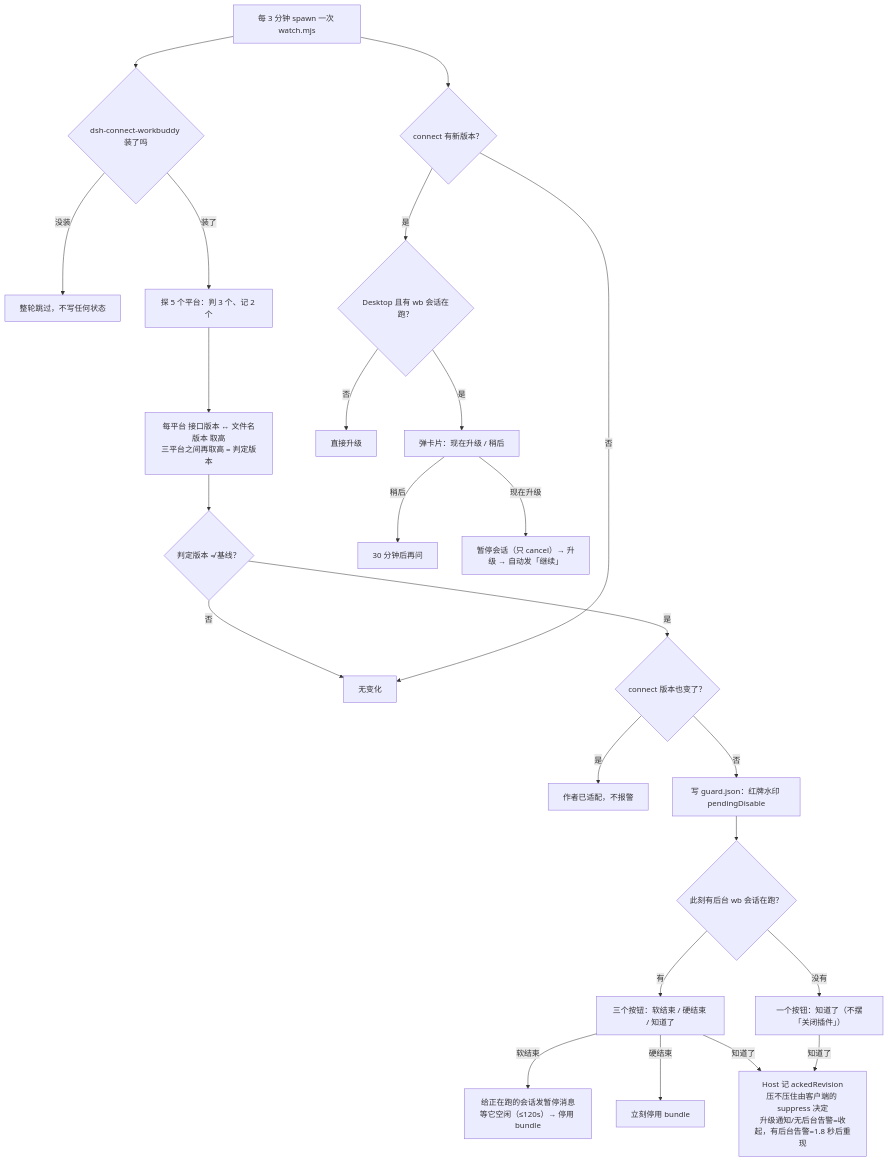
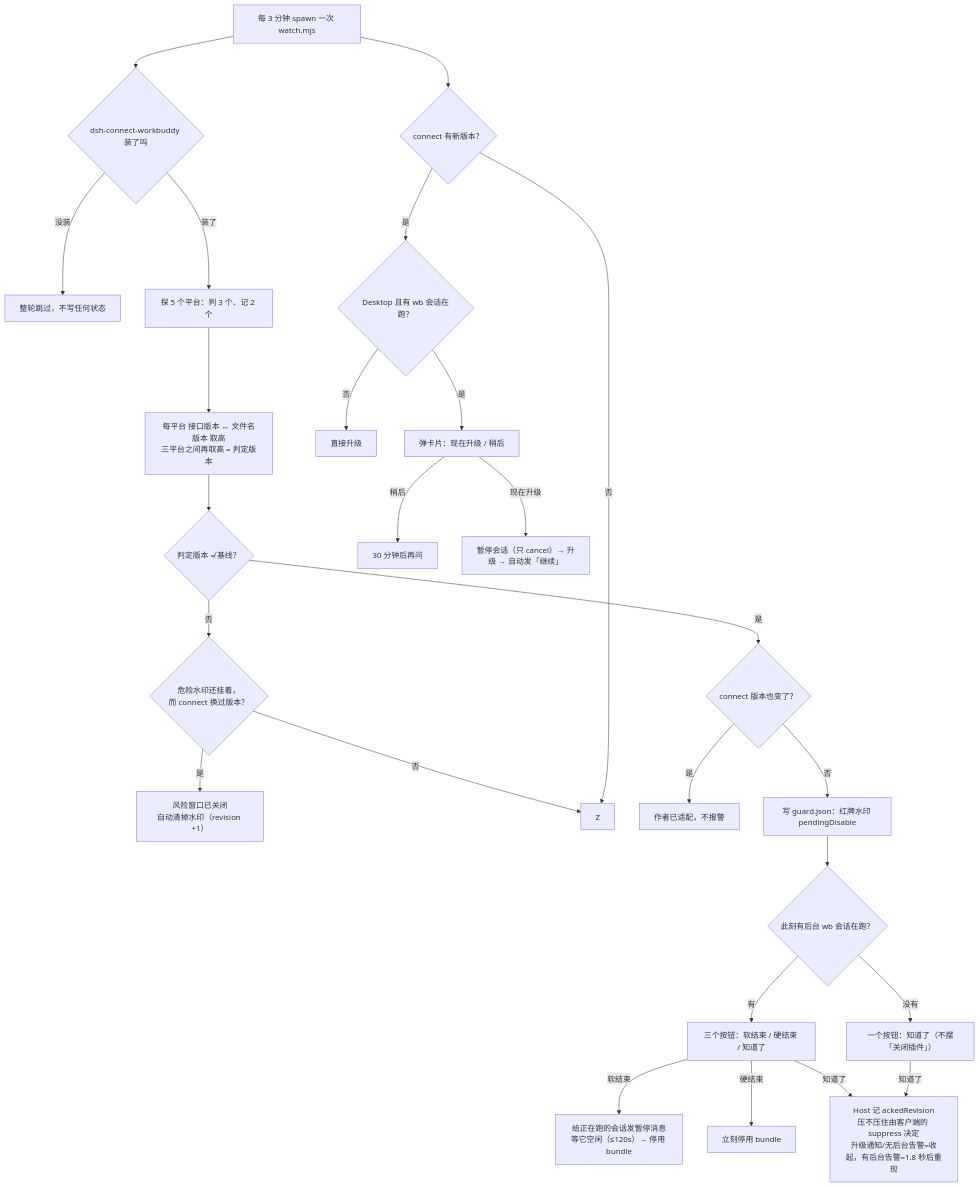
Before and after one commit to eeetechen/dsh-workbuddy-account-care: the diagram in README.md, drawn with Mermaid. The commit also changed other lines of this file and 3 other files, not shown here.

````diff
--- a/README.md
+++ b/README.md
@@ -40,26 +41,28 @@
 ```mermaid
 flowchart TD
   A["每 3 分钟 spawn 一次 watch.mjs"] --> B{"dsh-connect-workbuddy 装了吗"}
   B -- 没装 --> B1["整轮跳过，不写任何状态"]
   B -- 装了 --> C["探 5 个平台：判 3 个、记 2 个"]
   C --> D["每平台 接口版本 ↔ 文件名版本 取高<br/>三平台之间再取高 = 判定版本"]
   D --> E{"判定版本 ≠ 基线？"}
-  E -- 否 --> Z["无变化"]
+  E -- 否 --> E2{"危险水印还挂着，<br/>而 connect 换过版本？"}
+  E2 -- 是 --> E3["风险窗口已关闭<br/>自动清掉水印（revision +1）"]
+  E2 -- 否 --> Z
   E -- 是 --> F{"connect 版本也变了？"}
   F -- 是 --> Z2["作者已适配，不报警"]
   F -- 否 --> G["写 guard.json：红牌水印 pendingDisable"]
   G --> H{"此刻有后台 wb 会话在跑？"}
   H -- 有 --> I2["三个按钮：软结束 / 硬结束 / 知道了"]
   H -- 没有 --> I3["一个按钮：知道了（不摆「关闭插件」）"]
   I2 -- 软结束 --> I["给正在跑的会话发暂停消息<br/>等它空闲（≤120s）→ 停用 bundle"]
   I2 -- 硬结束 --> J["立刻停用 bundle"]
   I2 -- 知道了 --> K["Host 记 ackedRevision<br/>压不压住由客户端的 suppress 决定<br/>升级通知/无后台告警=收起，有后台告警=1.8 秒后重现"]
   I3 -- 知道了 --> K
   A --> U{"connect 有新版本？"}
   U -- 否 --> Z
   U -- 是 --> V{"Desktop 且有 wb 会话在跑？"}
   V -- 否 --> W["直接升级"]
   V -- 是 --> X["弹卡片：现在升级 / 稍后"]
   X -- 稍后 --> X2["30 分钟后再问"]
   X -- 现在升级 --> Y["暂停会话（只 cancel）→ 升级 → 自动发「继续」"]
 ```
````
